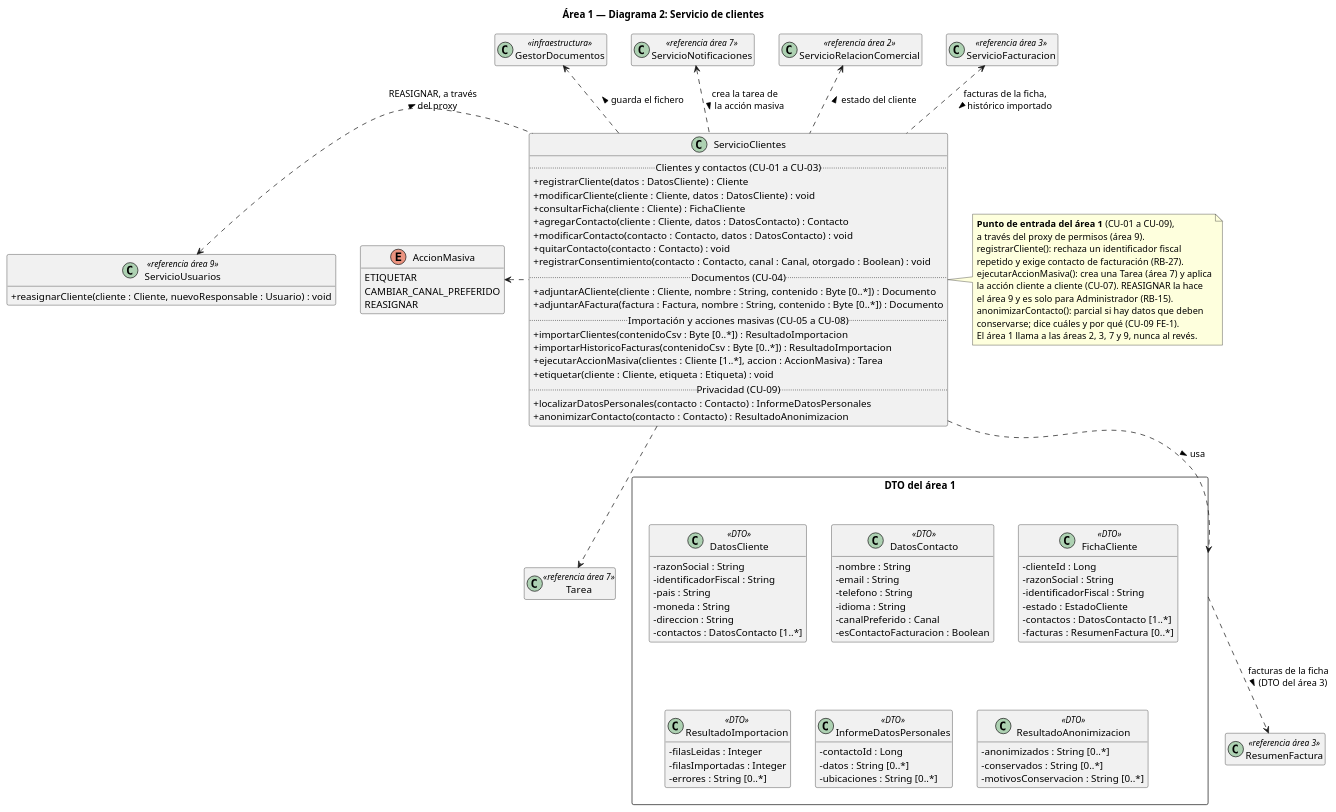
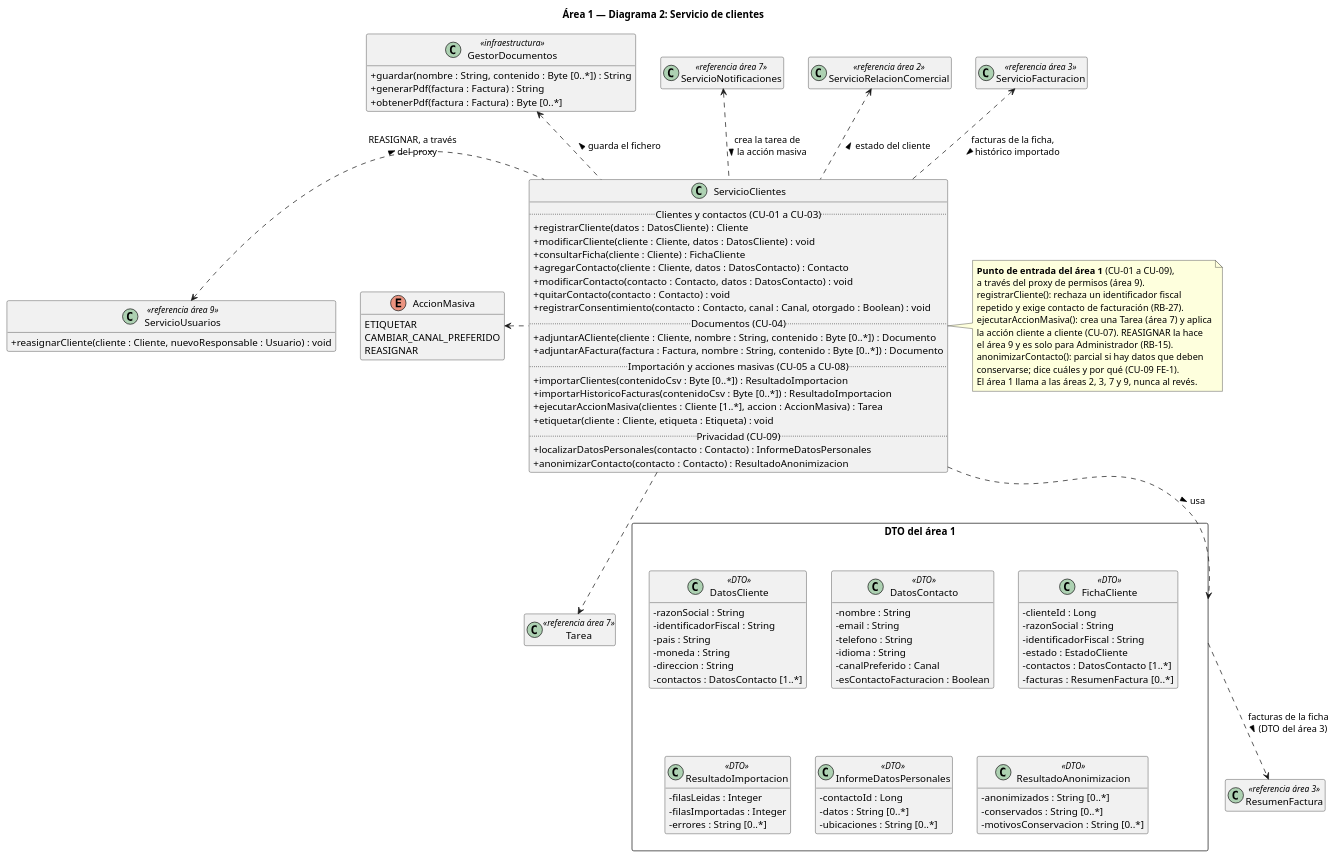
Before and after one commit to naybetaomar/AyDA-ProyectoBebes: the diagram in Entrega2_GrupoBebes/entrega2/diagramas/clases/area01/area1_2_servicio_clientes.puml, drawn with PlantUML. The commit also changed 29 other files, not shown here.

```diff
--- a/Entrega2_GrupoBebes/entrega2/diagramas/clases/area01/area1_2_servicio_clientes.puml
+++ b/Entrega2_GrupoBebes/entrega2/diagramas/clases/area01/area1_2_servicio_clientes.puml
@@ -1,108 +1,112 @@
 @startuml area1_2_servicio_clientes
 skinparam classAttributeIconSize 0
 hide empty members
 title Área 1 — Diagrama 2: Servicio de clientes
 
 class ServicioClientes {
   .. Clientes y contactos (CU-01 a CU-03) ..
   + registrarCliente(datos : DatosCliente) : Cliente
   + modificarCliente(cliente : Cliente, datos : DatosCliente) : void
   + consultarFicha(cliente : Cliente) : FichaCliente
   + agregarContacto(cliente : Cliente, datos : DatosContacto) : Contacto
   + modificarContacto(contacto : Contacto, datos : DatosContacto) : void
   + quitarContacto(contacto : Contacto) : void
   + registrarConsentimiento(contacto : Contacto, canal : Canal, otorgado : Boolean) : void
   .. Documentos (CU-04) ..
   + adjuntarACliente(cliente : Cliente, nombre : String, contenido : Byte [0..*]) : Documento
   + adjuntarAFactura(factura : Factura, nombre : String, contenido : Byte [0..*]) : Documento
   .. Importación y acciones masivas (CU-05 a CU-08) ..
   + importarClientes(contenidoCsv : Byte [0..*]) : ResultadoImportacion
   + importarHistoricoFacturas(contenidoCsv : Byte [0..*]) : ResultadoImportacion
   + ejecutarAccionMasiva(clientes : Cliente [1..*], accion : AccionMasiva) : Tarea
   + etiquetar(cliente : Cliente, etiqueta : Etiqueta) : void
   .. Privacidad (CU-09) ..
   + localizarDatosPersonales(contacto : Contacto) : InformeDatosPersonales
   + anonimizarContacto(contacto : Contacto) : ResultadoAnonimizacion
 }
 
 enum AccionMasiva {
   ETIQUETAR
   CAMBIAR_CANAL_PREFERIDO
   REASIGNAR
 }
 
 package "DTO del área 1" <<Rectangle>> {
   class DatosCliente <<DTO>> {
     - razonSocial : String
     - identificadorFiscal : String
     - pais : String
     - moneda : String
     - direccion : String
     - contactos : DatosContacto [1..*]
   }
   class DatosContacto <<DTO>> {
     - nombre : String
     - email : String
     - telefono : String
     - idioma : String
     - canalPreferido : Canal
     - esContactoFacturacion : Boolean
   }
   class FichaCliente <<DTO>> {
     - clienteId : Long
     - razonSocial : String
     - identificadorFiscal : String
     - estado : EstadoCliente
     - contactos : DatosContacto [1..*]
     - facturas : ResumenFactura [0..*]
   }
   class ResultadoImportacion <<DTO>> {
     - filasLeidas : Integer
     - filasImportadas : Integer
     - errores : String [0..*]
   }
   class InformeDatosPersonales <<DTO>> {
     - contactoId : Long
     - datos : String [0..*]
     - ubicaciones : String [0..*]
   }
   class ResultadoAnonimizacion <<DTO>> {
     - anonimizados : String [0..*]
     - conservados : String [0..*]
     - motivosConservacion : String [0..*]
   }
 }
 
 class ServicioFacturacion <<referencia área 3>>
 class ServicioRelacionComercial <<referencia área 2>>
 class ServicioNotificaciones <<referencia área 7>>
-class GestorDocumentos <<infraestructura>>
+class GestorDocumentos <<infraestructura>> {
+  + guardar(nombre : String, contenido : Byte [0..*]) : String
+  + generarPdf(factura : Factura) : String
+  + obtenerPdf(factura : Factura) : Byte [0..*]
+}
 class ServicioUsuarios <<referencia área 9>> {
   + reasignarCliente(cliente : Cliente, nuevoResponsable : Usuario) : void
 }
 class Tarea <<referencia área 7>>
 class ResumenFactura <<referencia área 3>>
 
 ServicioClientes .down.> "DTO del área 1" : usa >
 ServicioClientes .left.> AccionMasiva
 ServicioClientes .left.> ServicioUsuarios : REASIGNAR, a través\ndel proxy >
 ServicioClientes .down.> Tarea
 "DTO del área 1" ..> ResumenFactura : facturas de la ficha\n(DTO del área 3) >
 ServicioClientes .up.> ServicioFacturacion : facturas de la ficha,\nhistórico importado >
 ServicioClientes .up.> ServicioRelacionComercial : estado del cliente >
 ServicioClientes .up.> ServicioNotificaciones : crea la tarea de\nla acción masiva >
 ServicioClientes .up.> GestorDocumentos : guarda el fichero >
 
 note right of ServicioClientes
   **Punto de entrada del área 1** (CU-01 a CU-09),
   a través del proxy de permisos (área 9).
   registrarCliente(): rechaza un identificador fiscal
   repetido y exige contacto de facturación (RB-27).
   ejecutarAccionMasiva(): crea una Tarea (área 7) y aplica
   la acción cliente a cliente (CU-07). REASIGNAR la hace
   el área 9 y es solo para Administrador (RB-15).
   anonimizarContacto(): parcial si hay datos que deben
   conservarse; dice cuáles y por qué (CU-09 FE-1).
   El área 1 llama a las áreas 2, 3, 7 y 9, nunca al revés.
 end note
 @enduml
```
